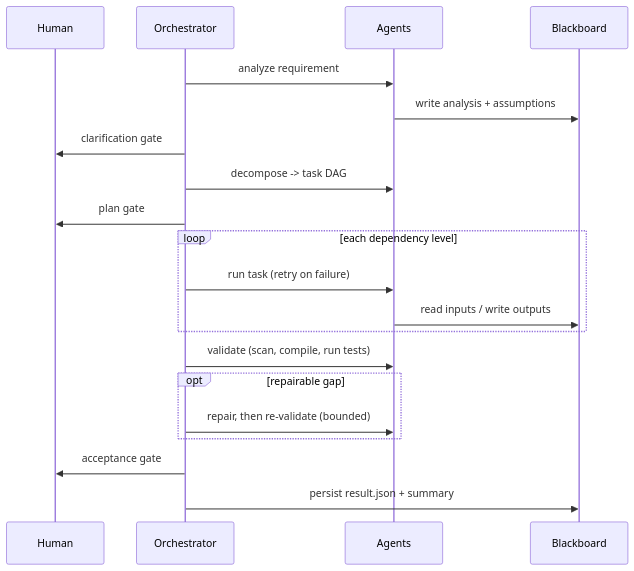
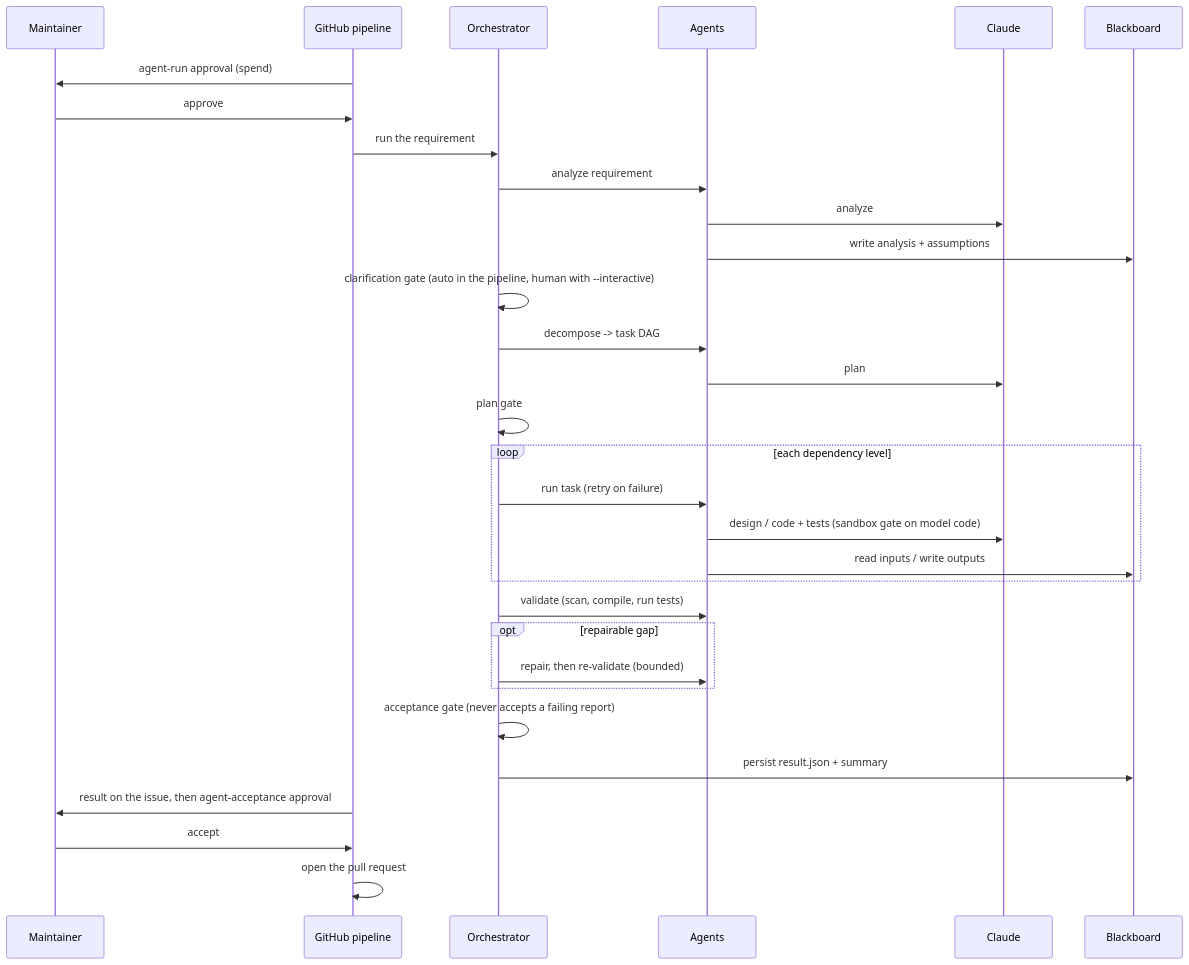
The second of 3 diagrams in docs/ARCHITECTURE.md (ummarvali/AgenticSoftware), drawn with Mermaid before and after one commit. The commit also changed other lines of this file and 1 other file, not shown here.

Commit message:
README/architecture: flow and diagrams show the Claude agentic path in the pipeline

````diff
--- a/docs/ARCHITECTURE.md
+++ b/docs/ARCHITECTURE.md
@@ -86,22 +88,33 @@
 ```mermaid
 sequenceDiagram
-    participant H as Human
+    participant H as Maintainer
+    participant P as GitHub pipeline
     participant O as Orchestrator
     participant A as Agents
+    participant C as Claude
     participant B as Blackboard
+    P->>H: agent-run approval (spend)
+    H->>P: approve
+    P->>O: run the requirement
     O->>A: analyze requirement
+    A->>C: analyze
     A->>B: write analysis + assumptions
-    O->>H: clarification gate
+    O->>O: clarification gate (auto in the pipeline, human with --interactive)
     O->>A: decompose -> task DAG
-    O->>H: plan gate
+    A->>C: plan
+    O->>O: plan gate
     loop each dependency level
         O->>A: run task (retry on failure)
+        A->>C: design / code + tests (sandbox gate on model code)
         A->>B: read inputs / write outputs
     end
     O->>A: validate (scan, compile, run tests)
     opt repairable gap
         O->>A: repair, then re-validate (bounded)
     end
-    O->>H: acceptance gate
+    O->>O: acceptance gate (never accepts a failing report)
     O->>B: persist result.json + summary
+    P->>H: result on the issue, then agent-acceptance approval
+    H->>P: accept
+    P->>P: open the pull request
 ```
````
